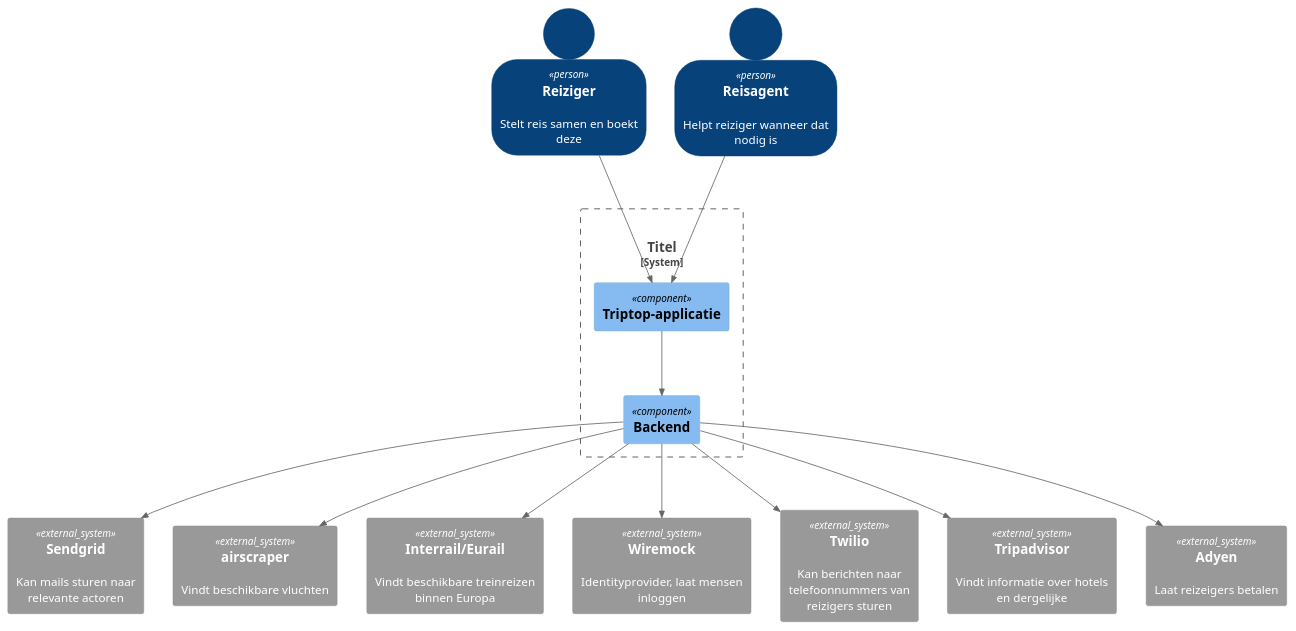
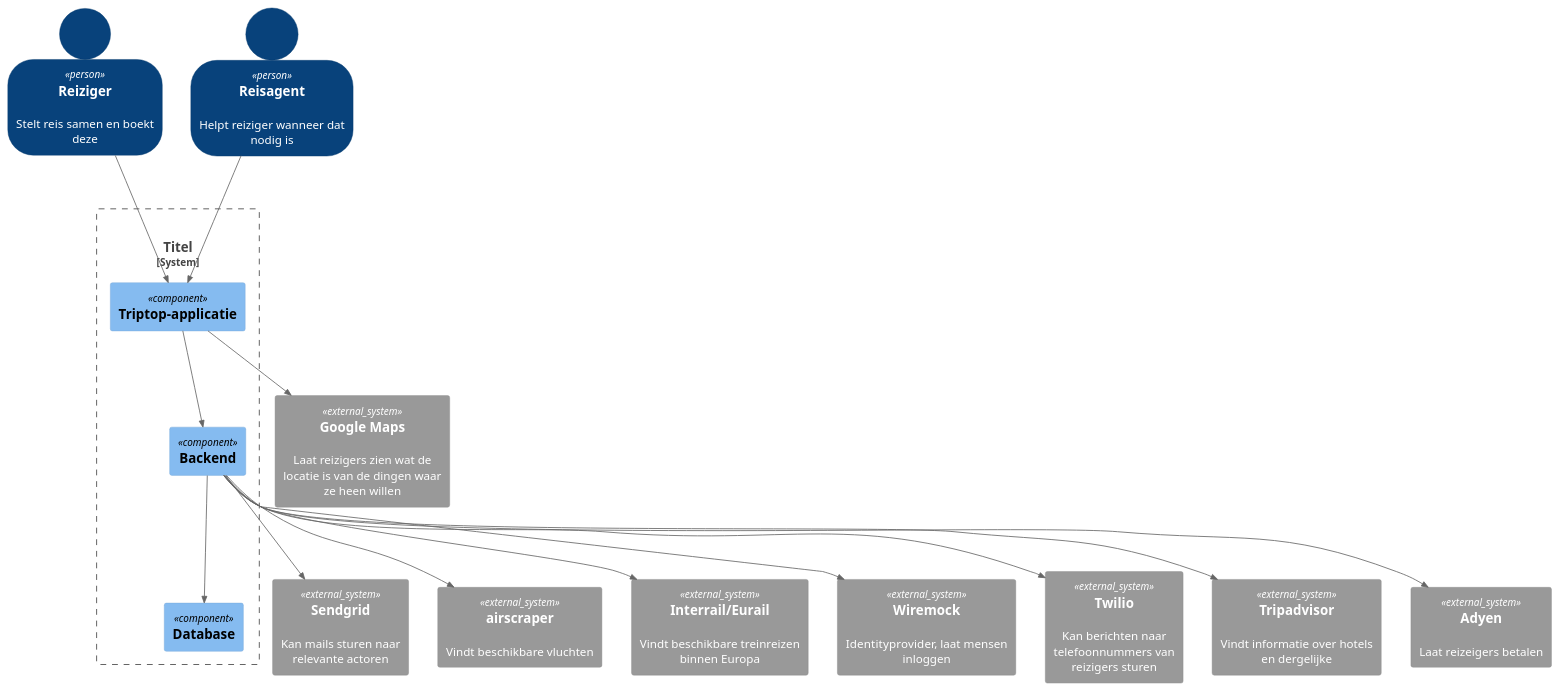
One commit to AIM-ENE-feb25/triptop-dravende-dikdiks changed the diagram in Mike/container_diagram.puml. Above: the diagram before and after it, drawn with PlantUML. The commit also changed 4 other files, not shown here.

Commit message:
ADRs toegevoegd, container diagram verbeterd

```diff
--- a/Mike/container_diagram.puml
+++ b/Mike/container_diagram.puml
@@ -1,46 +1,49 @@
 @startuml
 
 !include https://raw.githubusercontent.com/plantuml-stdlib/C4-PlantUML/master/C4_Context.puml
 !include https://raw.githubusercontent.com/plantuml-stdlib/C4-PlantUML/master/C4_Container.puml
 !include https://raw.githubusercontent.com/plantuml-stdlib/C4-PlantUML/master/C4_Component.puml
 
 SHOW_PERSON_OUTLINE()
 
 Person("r", "Reiziger", "Stelt reis samen en boekt deze")
 Person("ra", "Reisagent", "Helpt reiziger wanneer dat nodig is")
 
 
 System_Boundary("naam", "Titel"){
     Component("be", "Backend")
     Component("fe", "Triptop-applicatie")
+    Component("db", "Database")
 }
 
 System_Ext("sg", "Sendgrid", "Kan mails sturen naar relevante actoren")
 System_Ext("as", "airscraper", "Vindt beschikbare vluchten")
 System_Ext("eur", "Interrail/Eurail", "Vindt beschikbare treinreizen binnen Europa")
 System_Ext("wm", "Wiremock", "Identityprovider, laat mensen inloggen")
 System_Ext("tw", "Twilio", "Kan berichten naar telefoonnummers van reizigers sturen")
 System_Ext("ta", "Tripadvisor", "Vindt informatie over hotels en dergelijke")
 System_Ext("ad", "Adyen", "Laat reizeigers betalen")
+System_Ext("gm", "Google Maps", "Laat reizigers zien wat de locatie is van de dingen waar ze heen willen")
 
 
 Rel("r", "fe", " ")
 Rel("ra", "fe", " ")
 Rel("fe", "be", " ")
+Rel("be", "db", " ")
 
 Rel("be", "sg", " ")
 Rel("be", "as", " ")
 Rel("be", "eur", " ")
 Rel("be", "wm", " ")
 Rel("be", "tw", " ")
 Rel("be", "ta", " ")
 Rel("be", "ad", " ")
-
+Rel("fe", "gm", " ")
 
 
 
 
 
 
 
 @enduml
```
